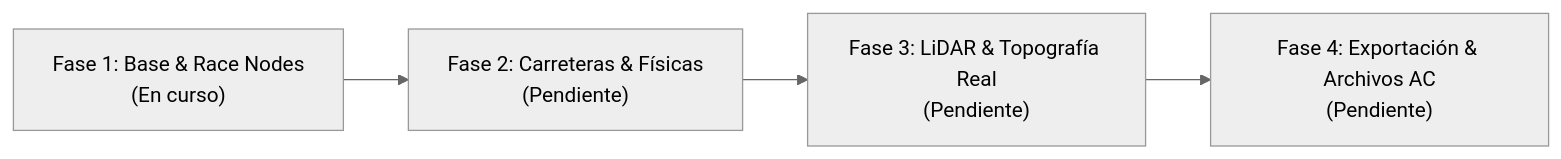
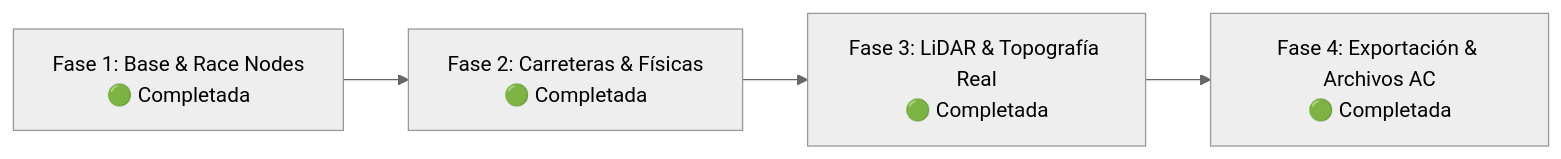
One commit to MiguelDLM/track-maker changed the diagram in ROADMAP.md. Above: the diagram before and after it, drawn with Mermaid (neutral theme). The commit also changed other lines of this file and 8 other files, not shown here.

````diff
--- a/ROADMAP.md
+++ b/ROADMAP.md
@@ -15,11 +20,11 @@
 ```mermaid
 flowchart LR
-    Fase1["Fase 1: Base & Race Nodes\n(En curso)"]
-    Fase2["Fase 2: Carreteras & Físicas\n(Pendiente)"]
-    Fase3["Fase 3: LiDAR & Topografía Real\n(Pendiente)"]
-    Fase4["Fase 4: Exportación & Archivos AC\n(Pendiente)"]
+    Fase1["Fase 1: Base & Race Nodes\n🟢 Completada"]
+    Fase2["Fase 2: Carreteras & Físicas\n🟢 Completada"]
+    Fase3["Fase 3: LiDAR & Topografía Real\n🟢 Completada"]
+    Fase4["Fase 4: Exportación & Archivos AC\n🟢 Completada"]
 
     Fase1 --> Fase2
     Fase2 --> Fase3
     Fase3 --> Fase4
 ```
````
